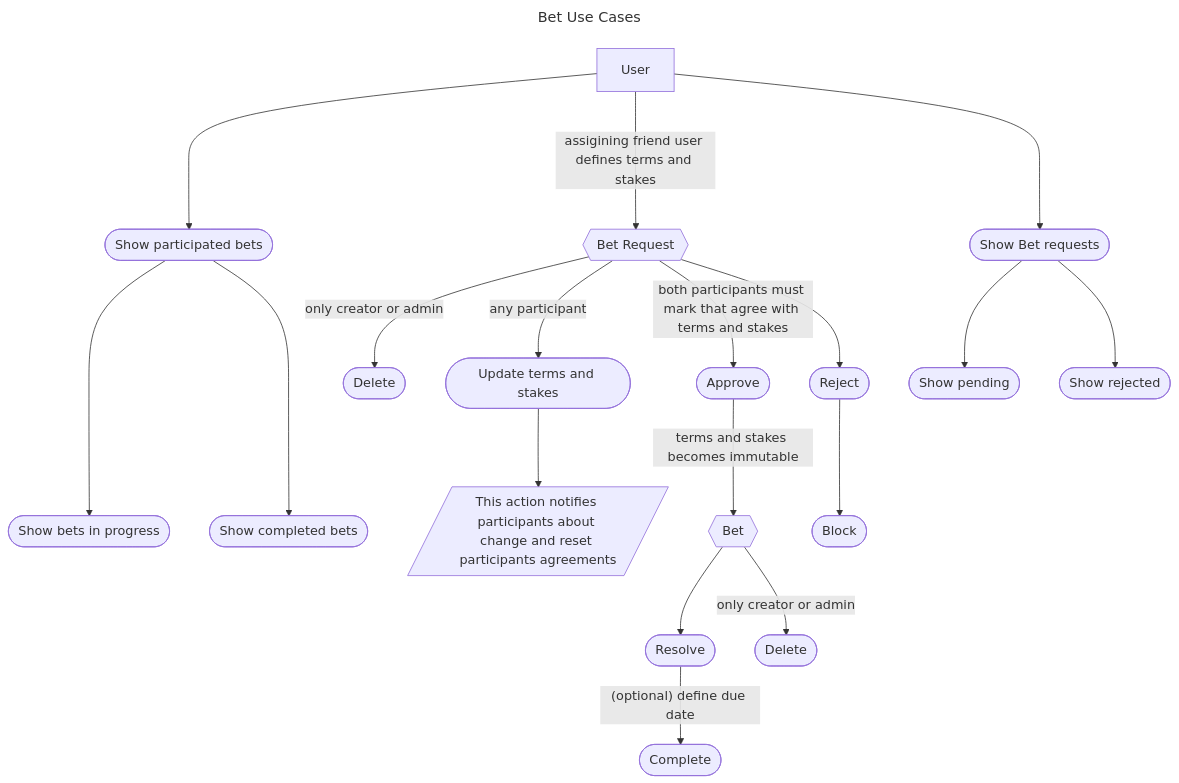
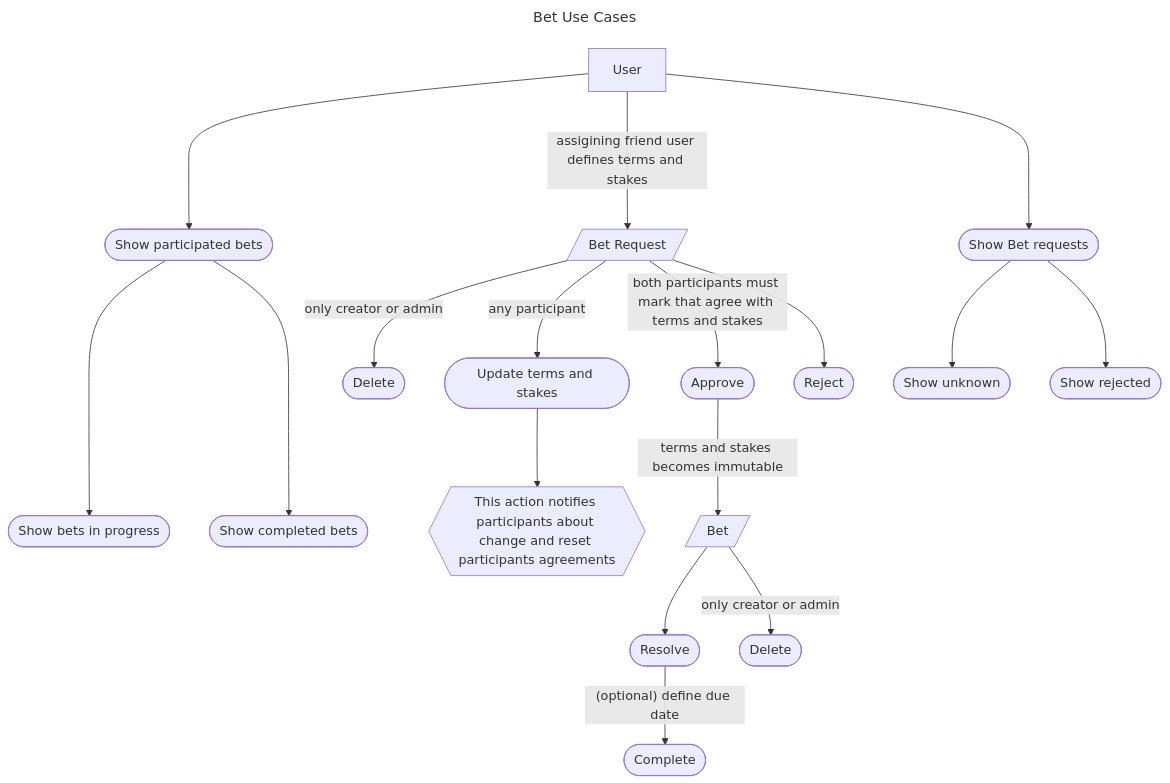
Before and after one commit to radek2s/BetKeeper: the first of 2 diagrams in documents/01_requirements/use_cases/bet_context.md, drawn with Mermaid. The commit also changed 1 other file, not shown here.

Commit message:
Fixed requiremens after review of @Dyliard

````diff
--- a/documents/01_requirements/use_cases/bet_context.md
+++ b/documents/01_requirements/use_cases/bet_context.md
@@ -10,25 +10,25 @@
 ```mermaid
 ---
 title: Bet Use Cases
 ---
 flowchart TB
     USER ---> BET_VIEW(["Show participated bets"])
     BET_VIEW ---> BET_VIEW_PENDING(["Show bets in progress"]) & BET_VIEW_RESOLVED(["Show completed bets"])
-    USER -- assigining friend user defines terms and stakes ---> BET_REQUEST{{"Bet Request"}}
+    USER -- assigining friend user defines terms and stakes ---> BET_REQUEST[/"Bet Request"/]
     USER["User"] ---> BET_REQUESTS(["Show Bet requests"])
-    BET_REQUESTS(["Show Bet requests"]) --> BET_REQUESTS_PENDING(["Show pending"])
+    BET_REQUESTS(["Show Bet requests"]) --> BET_REQUESTS_PENDING(["Show unknown"])
     BET_REQUESTS(["Show Bet requests"]) --> BET_REQUESTS_REJECTED(["Show rejected"])
     BET_REQUEST -- only creator or admin --> BET_REQUEST_DELETE(["Delete"])
     BET_REQUEST -- any participant --> BET_REQUEST_UPDATE(["Update terms and stakes"])
-    BET_REQUEST_UPDATE --> BET_REQUSET_NOTE[/"This action notifies participants about change and reset participants agreements"/]
+    BET_REQUEST_UPDATE --> BET_REQUSET_NOTE{{"This action notifies participants about change and reset participants agreements"}}
     BET_REQUEST -- both participants must mark that agree with terms and stakes --> BET_APPROVED(["Approve"])
     BET_REQUEST --> BET_REJECTED(["Reject"])
-    BET_REJECTED --> BET_REQUEST_UNSUBSCRIBE(["Block"])
     
-    BET_APPROVED(["Approve"]) -- terms and stakes becomes immutable --> BET{{"Bet"}}
+    
+    BET_APPROVED(["Approve"]) -- terms and stakes becomes immutable --> BET[/"Bet"/]
     BET --> BET_RESOLVE(["Resolve"])
     BET_RESOLVE -- (optional) define due date --> BET_COMPLETE(["Complete"])
     BET -- only creator or admin --> BET_DELETE(["Delete"])
 
 
 ```
````
